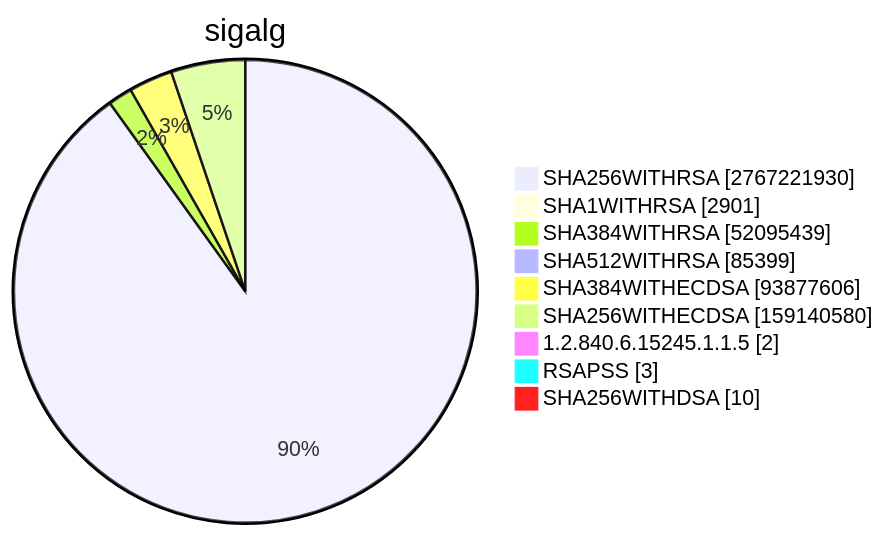
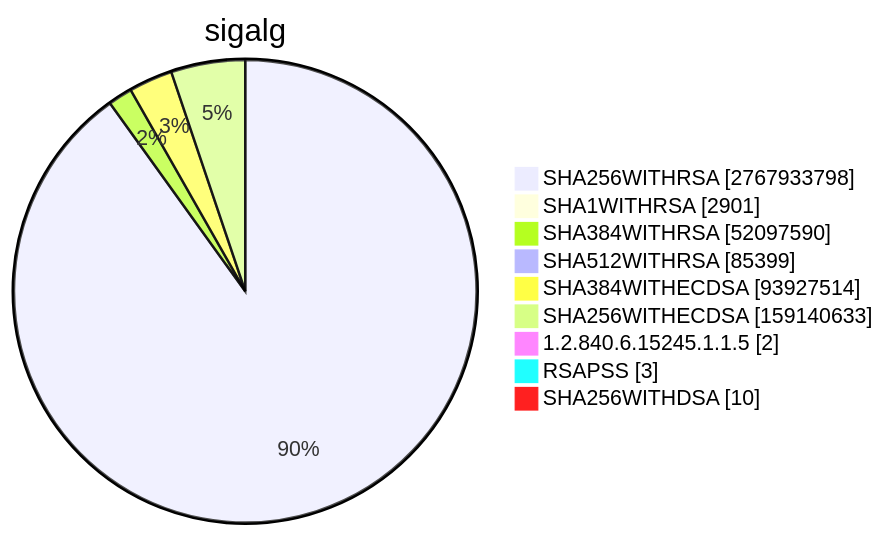
Before and after one commit to christiankrug/ctmonitor_visualization: diagram 15 of 15 in TOTAL/README.md, drawn with Mermaid. The commit also changed other lines of this file, not shown here.

````diff
--- a/TOTAL/README.md
+++ b/TOTAL/README.md
@@ -6205,13 +6205,13 @@
 ```mermaid
 pie showData
 title sigalg
-"SHA256WITHRSA" :2767221930
+"SHA256WITHRSA" :2767933798
 "SHA1WITHRSA" :2901
-"SHA384WITHRSA" :52095439
+"SHA384WITHRSA" :52097590
 "SHA512WITHRSA" :85399
-"SHA384WITHECDSA" :93877606
-"SHA256WITHECDSA" :159140580
+"SHA384WITHECDSA" :93927514
+"SHA256WITHECDSA" :159140633
 "1.2.840.6.15245.1.1.5" :2
 "RSAPSS" :3
 "SHA256WITHDSA" :10
 ```
````
